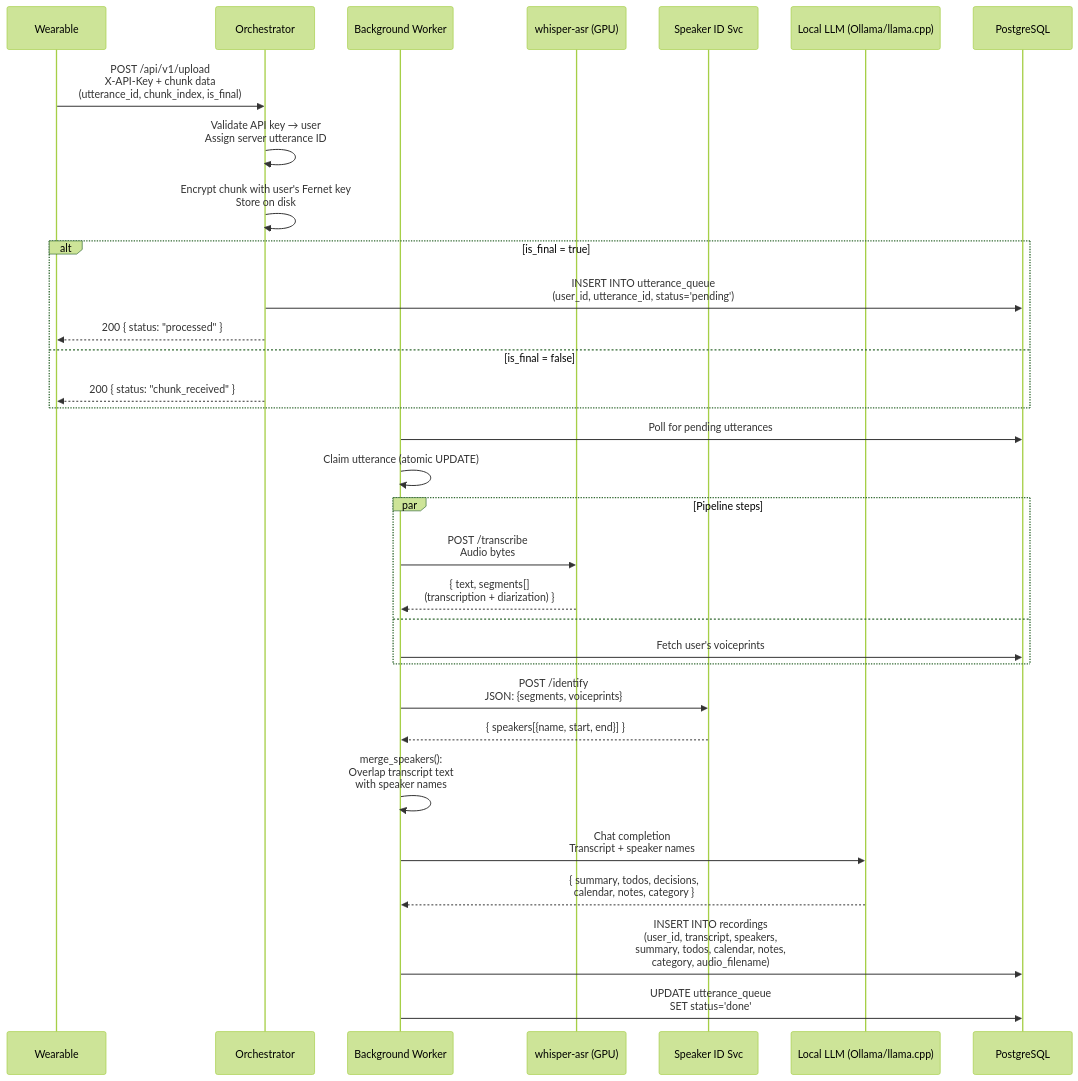
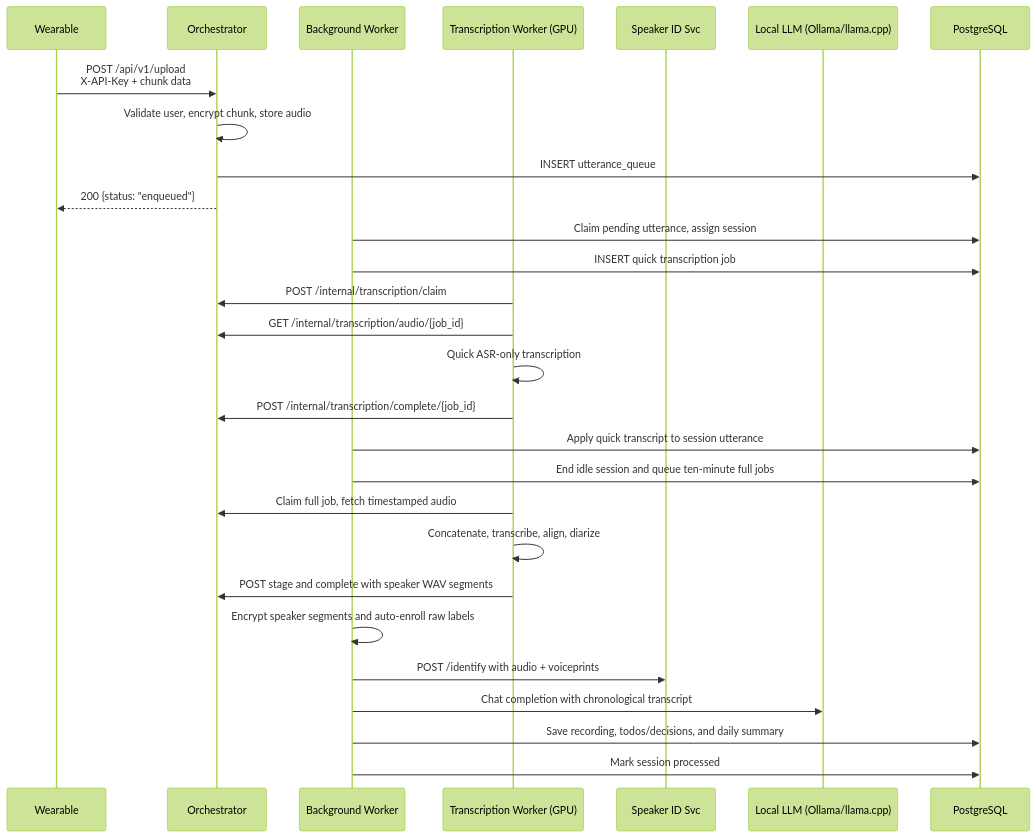
One commit to dlgreenwald/lifelog changed the second of 9 diagrams in ARCHITECTURE.md. Above: the diagram before and after it, drawn with Mermaid (forest theme). The commit also changed other lines of this file and 10 other files, not shown here.

````diff
--- a/ARCHITECTURE.md
+++ b/ARCHITECTURE.md
@@ -107,43 +109,32 @@
 ```mermaid
 sequenceDiagram
     participant Device as Wearable
     participant Server as Orchestrator
     participant Worker as Background Worker
-    participant Whisper as whisper-asr (GPU)
+    participant Transcriber as Transcription Worker (GPU)
     participant SID as Speaker ID Svc
     participant LLM as Local LLM (Ollama/llama.cpp)
     participant DB as PostgreSQL
 
-    Device->>Server: POST /api/v1/upload<br/>X-API-Key + chunk data<br/>(utterance_id, chunk_index, is_final)
-    Server->>Server: Validate API key → user<br/>Assign server utterance ID
-    Server->>Server: Encrypt chunk with user's Fernet key<br/>Store on disk
+    Device->>Server: POST /api/v1/upload<br/>X-API-Key + chunk data
+    Server->>Server: Validate user, encrypt chunk, store audio
+    Server->>DB: INSERT utterance_queue
+    Server-->>Device: 200 {status: "enqueued"}
+    Worker->>DB: Claim pending utterance, assign session
+    Worker->>DB: INSERT quick transcription job
+    Transcriber->>Server: POST /internal/transcription/claim
+    Transcriber->>Server: GET /internal/transcription/audio/{job_id}
+    Transcriber->>Transcriber: Quick ASR-only transcription
+    Transcriber->>Server: POST /internal/transcription/complete/{job_id}
+    Worker->>DB: Apply quick transcript to session utterance
+    Worker->>DB: End idle session and queue ten-minute full jobs
+    Transcriber->>Server: Claim full job, fetch timestamped audio
+    Transcriber->>Transcriber: Concatenate, transcribe, align, diarize
+    Transcriber->>Server: POST stage and complete with speaker WAV segments
+    Worker->>Worker: Encrypt speaker segments and auto-enroll raw labels
+    Worker->>SID: POST /identify with audio + voiceprints
+    Worker->>LLM: Chat completion with chronological transcript
+    Worker->>DB: Save recording, todos/decisions, and daily summary
+    Worker->>DB: Mark session processed
 
-    alt is_final = true
-        Server->>DB: INSERT INTO utterance_queue<br/>(user_id, utterance_id, status='pending')
-        Server-->>Device: 200 { status: "processed" }
-    else is_final = false
-        Server-->>Device: 200 { status: "chunk_received" }
-    end
-
-    Worker->>DB: Poll for pending utterances
-    Worker->>Worker: Claim utterance (atomic UPDATE)
-
-    par Pipeline steps
-        Worker->>Whisper: POST /transcribe<br/>Audio bytes
-        Whisper-->>Worker: { text, segments[]<br/>(transcription + diarization) }
-    and
-        Worker->>DB: Fetch user's voiceprints
-    end
-
-    Worker->>SID: POST /identify<br/>JSON: {segments, voiceprints}
-    SID-->>Worker: { speakers[{name, start, end}] }
-
-    Worker->>Worker: merge_speakers():<br/>Overlap transcript text<br/>with speaker names
-
-    Worker->>LLM: Chat completion<br/>Transcript + speaker names
-    LLM-->>Worker: { summary, todos, decisions,<br/>calendar, notes, category }
-
-    Worker->>DB: INSERT INTO recordings<br/>(user_id, transcript, speakers,<br/>summary, todos, calendar, notes,<br/>category, audio_filename)
-
-    Worker->>DB: UPDATE utterance_queue<br/>SET status='done'
 ```
````
